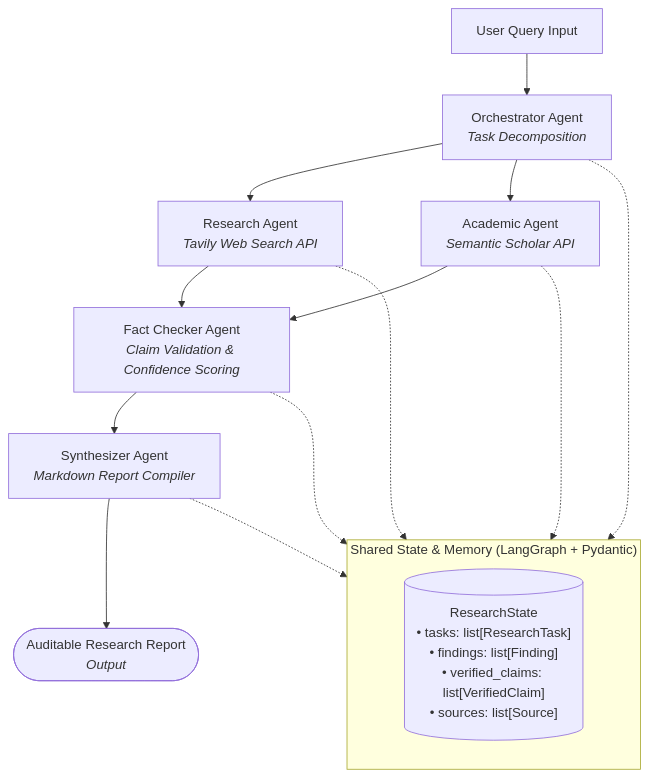
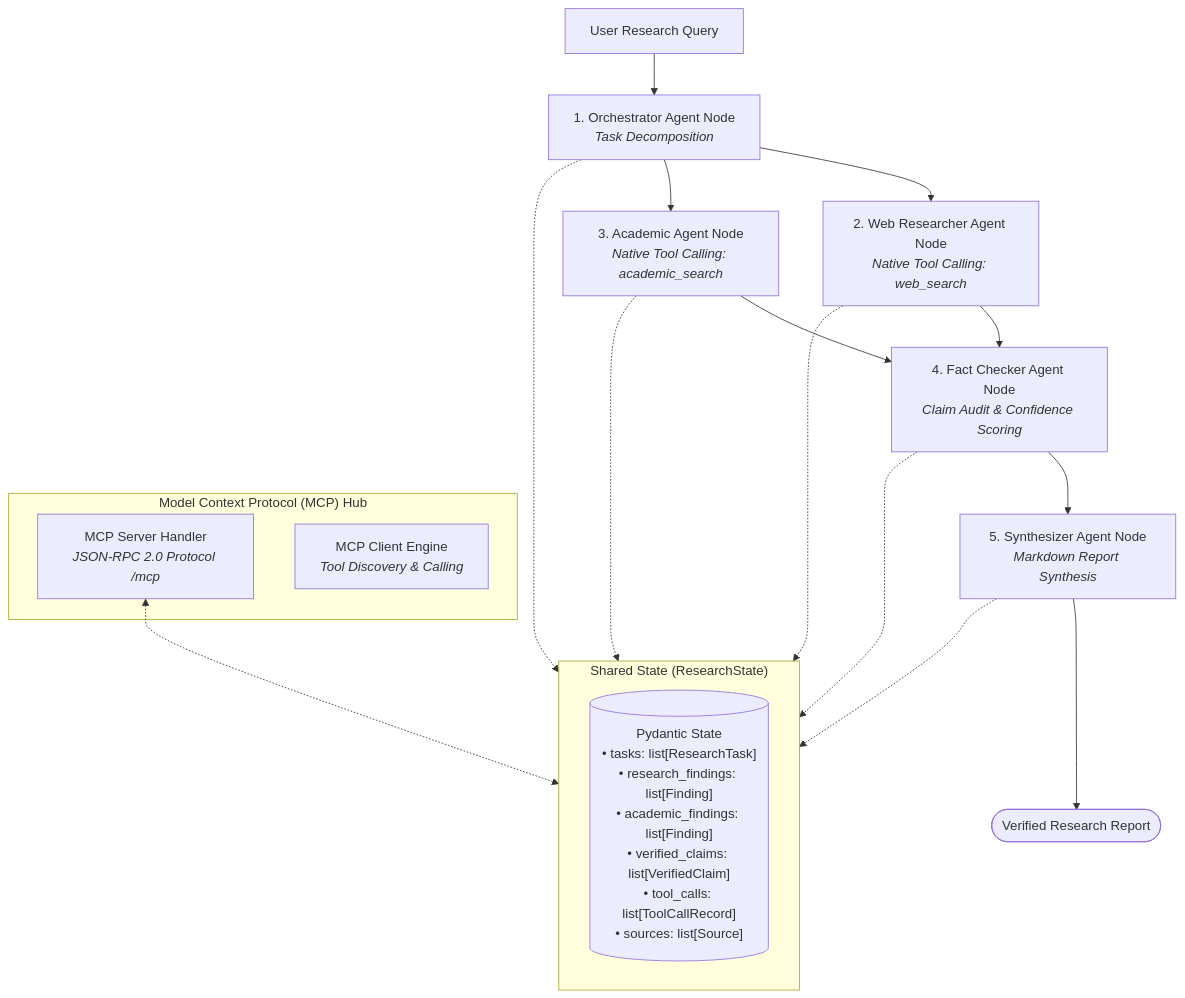
One commit to soumyadip-das-dev/Multi-Agent-Research-System changed the diagram in README.md. Above: the diagram before and after it, drawn with Mermaid. The commit also changed other lines of this file, not shown here.

````diff
--- a/README.md
+++ b/README.md
@@ -28,23 +29,29 @@
 ```mermaid
 flowchart TD
-    SubGraph1[User Query Input] --> Orchestrator[Orchestrator Agent<br/><i>Task Decomposition</i>]
+    UserQuery[User Research Query] --> Orchestrator[1. Orchestrator Agent Node<br/><i>Task Decomposition</i>]
     
-    Orchestrator --> WebAgent[Research Agent<br/><i>Tavily Web Search API</i>]
-    Orchestrator --> AcadAgent[Academic Agent<br/><i>Semantic Scholar API</i>]
+    Orchestrator --> WebAgent[2. Web Researcher Agent Node<br/><i>Native Tool Calling: web_search</i>]
+    Orchestrator --> AcadAgent[3. Academic Agent Node<br/><i>Native Tool Calling: academic_search</i>]
     
-    WebAgent --> FactChecker[Fact Checker Agent<br/><i>Claim Validation & Confidence Scoring</i>]
+    WebAgent --> FactChecker[4. Fact Checker Agent Node<br/><i>Claim Audit & Confidence Scoring</i>]
     AcadAgent --> FactChecker
     
-    FactChecker --> Synthesizer[Synthesizer Agent<br/><i>Markdown Report Compiler</i>]
-    Synthesizer --> FinalReport([Auditable Research Report<br/><i>Output</i>])
+    FactChecker --> Synthesizer[5. Synthesizer Agent Node<br/><i>Markdown Report Synthesis</i>]
+    Synthesizer --> FinalReport([Verified Research Report])
 
-    subgraph State ["Shared State & Memory (LangGraph + Pydantic)"]
-        Memory[("ResearchState<br/>• tasks: list[ResearchTask]<br/>• findings: list[Finding]<br/>• verified_claims: list[VerifiedClaim]<br/>• sources: list[Source]")]
+    subgraph MCP Engine ["Model Context Protocol (MCP) Hub"]
+        MCPServer[MCP Server Handler<br/><i>JSON-RPC 2.0 Protocol /mcp</i>]
+        MCPClient[MCP Client Engine<br/><i>Tool Discovery & Calling</i>]
+    end
+
+    subgraph State ["Shared State (ResearchState)"]
+        Memory[("Pydantic State<br/>• tasks: list[ResearchTask]<br/>• research_findings: list[Finding]<br/>• academic_findings: list[Finding]<br/>• verified_claims: list[VerifiedClaim]<br/>• tool_calls: list[ToolCallRecord]<br/>• sources: list[Source]")]
     end
 
     Orchestrator .-> State
     WebAgent .-> State
     AcadAgent .-> State
     FactChecker .-> State
     Synthesizer .-> State
+    MCPServer <.-> State
 ```
````
